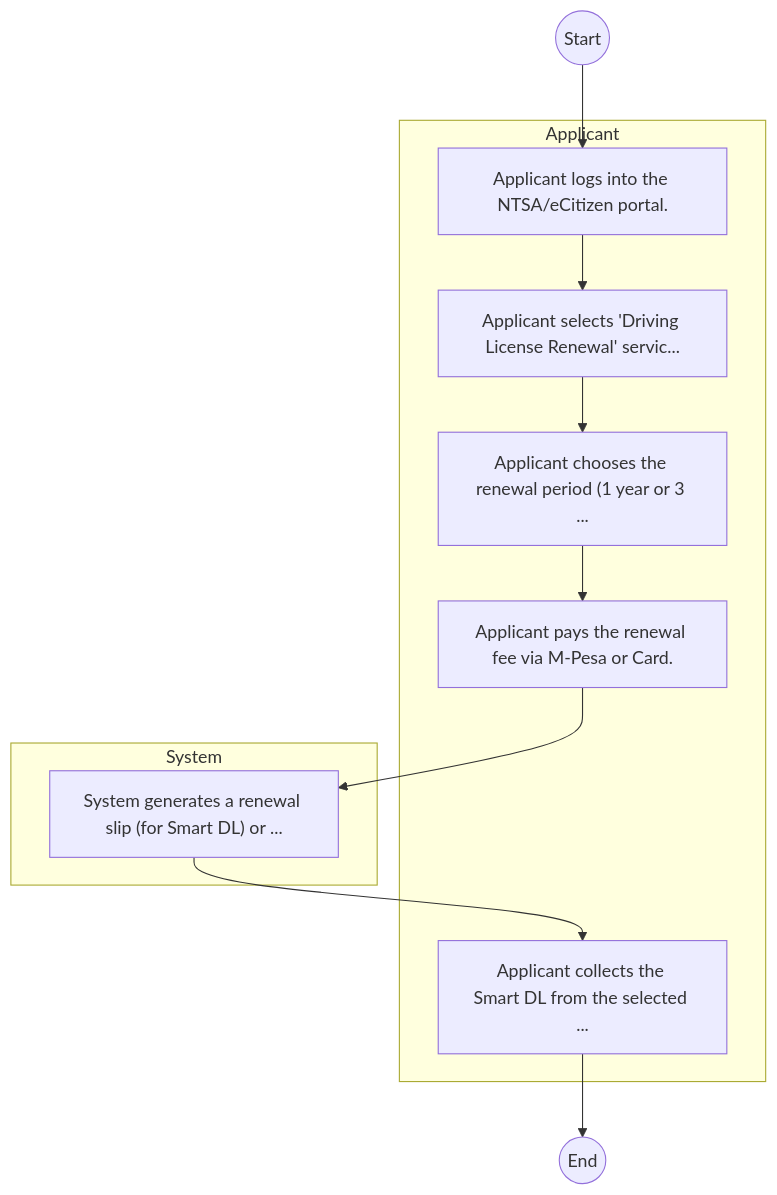
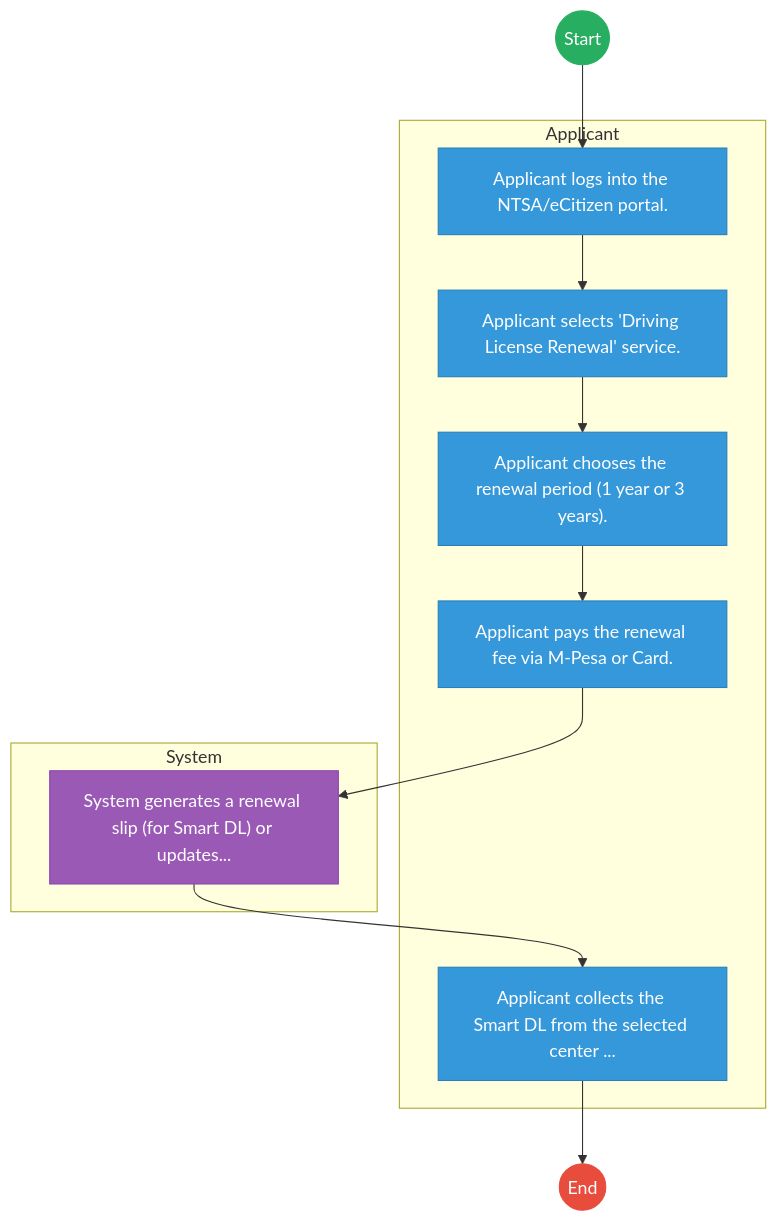
The first of 2 diagrams in mdas/docs_final/NATIONAL_TRANSPORT_AND_SAFETY_AUTHORITY_NTSA____Driving_License_Renewal.md (BITZ-IT-Consulting-LTD/ictapoc), drawn with Mermaid before and after one commit. The commit also changed other lines of this file and 461 other files, not shown here.

````diff
--- a/mdas/docs_final/NATIONAL_TRANSPORT_AND_SAFETY_AUTHORITY_NTSA____Driving_License_Renewal.md
+++ b/mdas/docs_final/NATIONAL_TRANSPORT_AND_SAFETY_AUTHORITY_NTSA____Driving_License_Renewal.md
@@ -20,20 +20,32 @@
 ```mermaid
 graph TD
     Start((Start)) --> S1
+
     subgraph Applicant [Applicant]
         S1["Applicant logs into the NTSA/eCitizen portal."]
-        S2["Applicant selects 'Driving License Renewal' servic..."]
-        S3["Applicant chooses the renewal period (1 year or 3 ..."]
+        S2["Applicant selects 'Driving License Renewal' service."]
+        S3["Applicant chooses the renewal period (1 year or 3 years)."]
         S4["Applicant pays the renewal fee via M-Pesa or Card."]
-        S6["Applicant collects the Smart DL from the selected ..."]
+        S6["Applicant collects the Smart DL from the selected center ..."]
     end
+
     subgraph System [System]
-        S5["System generates a renewal slip (for Smart DL) or ..."]
+        S5["System generates a renewal slip (for Smart DL) or updates..."]
     end
     S1 --> S2
     S2 --> S3
     S3 --> S4
     S4 --> S5
     S5 --> S6
     S6 --> End((End))
+
+    classDef start fill:#27ae60,stroke:#27ae60,color:#fff;
+    classDef endNode fill:#e74c3c,stroke:#e74c3c,color:#fff;
+    classDef userTask fill:#3498db,stroke:#2980b9,color:#fff;
+    classDef serviceTask fill:#9b59b6,stroke:#8e44ad,color:#fff;
+
+    class Start start;
+    class End endNode;
+    class S1,S2,S3,S4,S6 userTask;
+    class S5 serviceTask;
 ```
````
